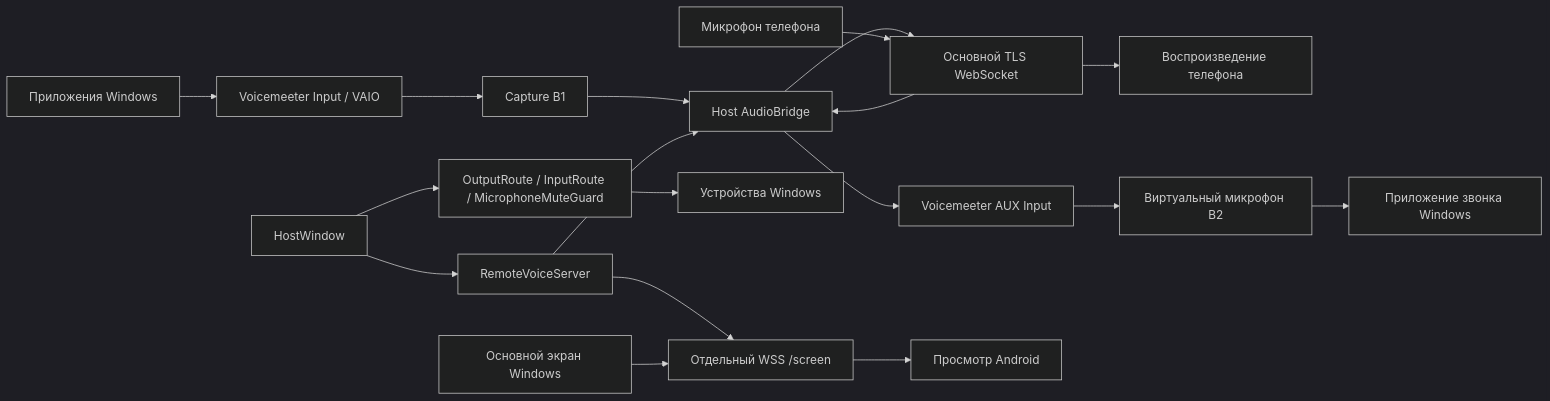
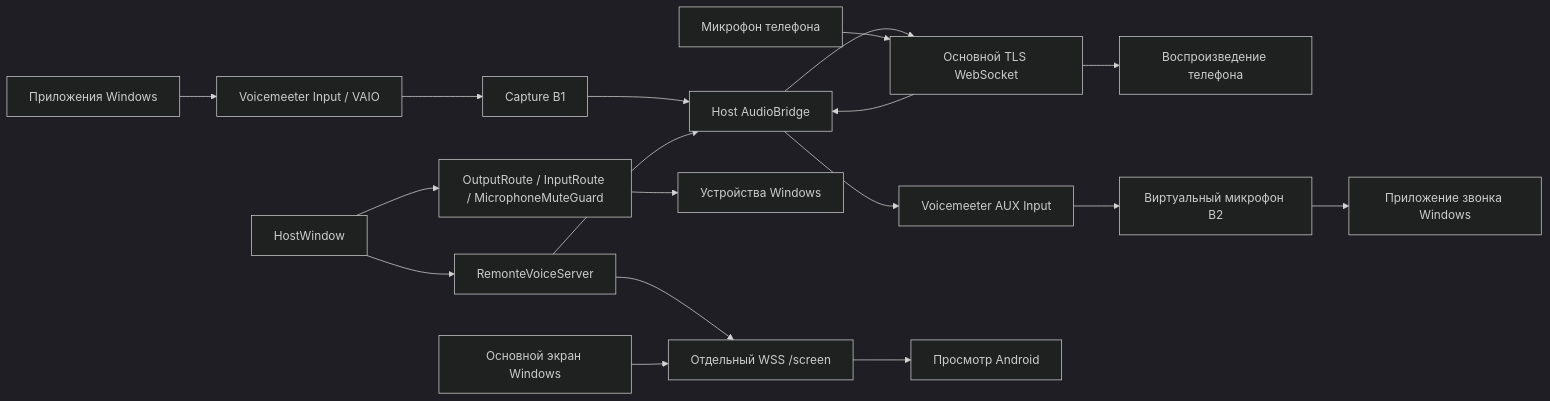
The second of 4 diagrams in ARCHITECTURE.md (smmisha/RemonteVoice), drawn with Mermaid (dark theme) before and after one commit. The commit also changed other lines of this file and 362 other files, not shown here.

Commit message:
Rename RemoteVoice to RemonteVoice and signer to iReSign

````diff
--- a/ARCHITECTURE.md
+++ b/ARCHITECTURE.md
@@ -116,20 +116,20 @@
 ```mermaid
 flowchart LR
     WA[Приложения Windows] --> VI[Voicemeeter Input / VAIO]
     VI --> B1[Capture B1]
     B1 --> AB[Host AudioBridge]
     AB --> WSS[Основной TLS WebSocket]
     WSS --> PA[Воспроизведение телефона]
     PM[Микрофон телефона] --> WSS
     WSS --> AB
     AB --> AUX[Voicemeeter AUX Input]
     AUX --> B2[Виртуальный микрофон B2]
     B2 --> WC[Приложение звонка Windows]
     HW[HostWindow] --> OR[OutputRoute / InputRoute / MicrophoneMuteGuard]
     OR --> DEV[Устройства Windows]
-    HW --> SV[RemoteVoiceServer]
+    HW --> SV[RemonteVoiceServer]
     SV --> AB
     SV --> SCREEN[Отдельный WSS /screen]
     DESK[Основной экран Windows] --> SCREEN
     SCREEN --> PREVIEW[Просмотр Android]
 ```
````
